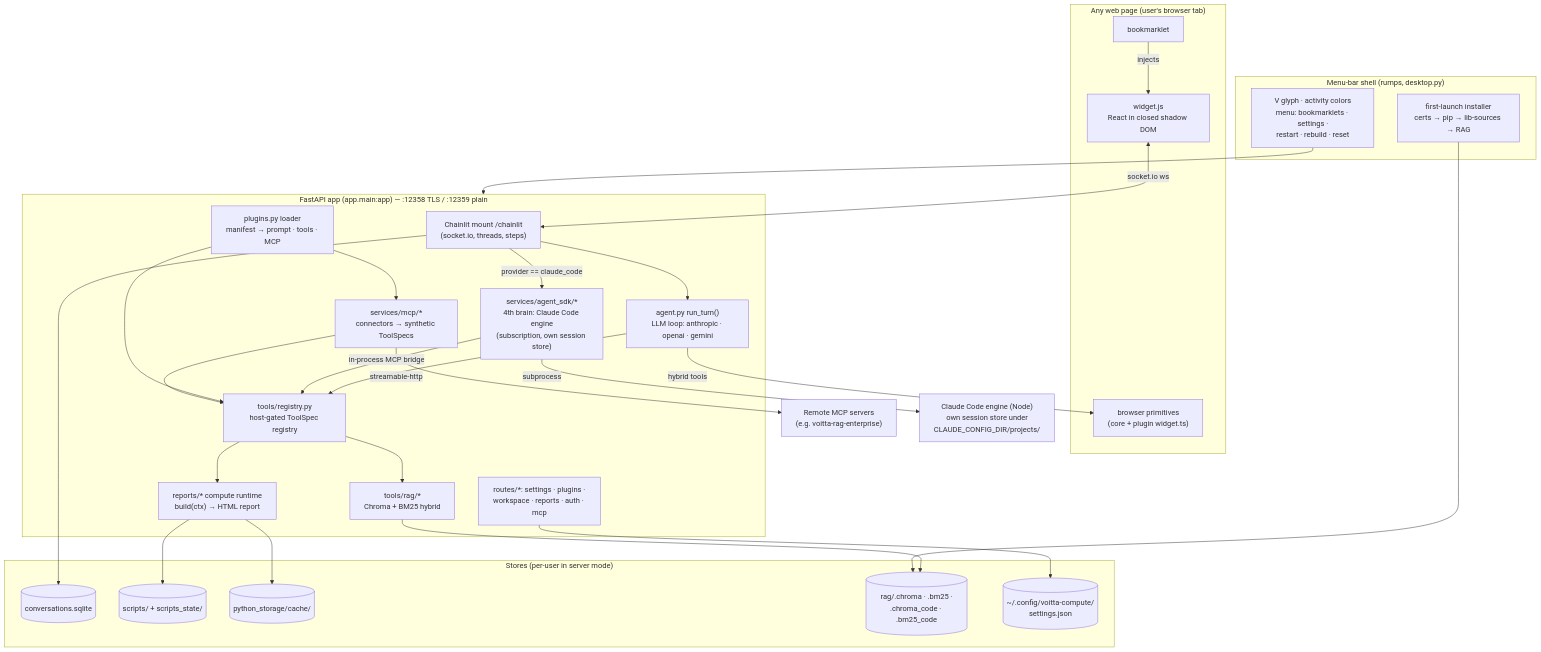
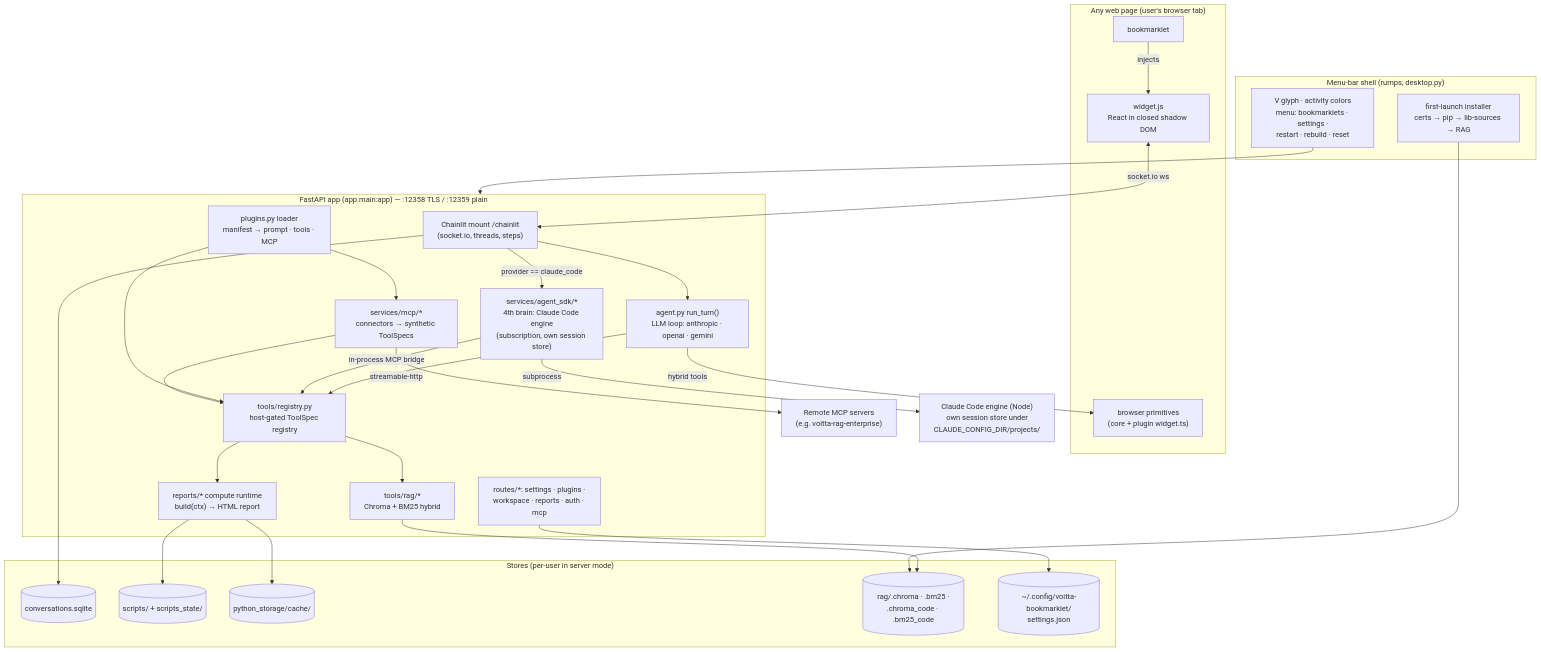
Before and after one commit to voitta-ai/voitta-bookmarklet: the first of 10 diagrams in OPERATIONS.md, drawn with Mermaid. The commit also changed other lines of this file and 50 other files, not shown here.

````diff
--- a/OPERATIONS.md
+++ b/OPERATIONS.md
@@ -55,51 +55,51 @@
 ```mermaid
 flowchart TB
     subgraph page["Any web page (user's browser tab)"]
         BM["bookmarklet"] -->|injects| W["widget.js<br/>React in closed shadow DOM"]
         PRIM["browser primitives<br/>(core + plugin widget.ts)"]
     end
 
     subgraph shell["Menu-bar shell (rumps, desktop.py)"]
         TRAY["V glyph · activity colors<br/>menu: bookmarklets · settings ·<br/>restart · rebuild · reset"]
         INST["first-launch installer<br/>certs → pip → lib-sources → RAG"]
     end
 
     subgraph app["FastAPI app (app.main:app) — :12358 TLS / :12359 plain"]
         CL["Chainlit mount /chainlit<br/>(socket.io, threads, steps)"]
         AG["agent.py run_turn()<br/>LLM loop: anthropic · openai · gemini"]
         ASDK["services/agent_sdk/*<br/>4th brain: Claude Code engine<br/>(subscription, own session store)"]
         REG["tools/registry.py<br/>host-gated ToolSpec registry"]
         PLG["plugins.py loader<br/>manifest → prompt · tools · MCP"]
         MCPC["services/mcp/*<br/>connectors → synthetic ToolSpecs"]
         SCR["reports/* compute runtime<br/>build(ctx) → HTML report"]
         RAGQ["tools/rag/*<br/>Chroma + BM25 hybrid"]
         ROUTES["routes/*: settings · plugins ·<br/>workspace · reports · auth · mcp"]
     end
 
     subgraph stores["Stores (per-user in server mode)"]
         SQL[("conversations.sqlite")]
         SCRD[("scripts/ + scripts_state/")]
         PYS[("python_storage/cache/")]
         RAGI[("rag/.chroma · .bm25 ·<br/>.chroma_code · .bm25_code")]
-        SET[("~/.config/voitta-compute/<br/>settings.json")]
+        SET[("~/.config/voitta-bookmarklet/<br/>settings.json")]
     end
 
     REMOTE["Remote MCP servers<br/>(e.g. voitta-rag-enterprise)"]
 
     W <-->|"socket.io ws"| CL
     CL --> AG --> REG
     CL -->|"provider == claude_code"| ASDK
     ASDK -->|in-process MCP bridge| REG
     ASDK -->|subprocess| ENG["Claude Code engine (Node)<br/>own session store under<br/>CLAUDE_CONFIG_DIR/projects/"]
     AG -->|hybrid tools| PRIM
     PLG --> REG
     PLG --> MCPC -->|streamable-http| REMOTE
     MCPC --> REG
     REG --> SCR & RAGQ
     SCR --> PYS & SCRD
     RAGQ --> RAGI
     CL --> SQL
     ROUTES --> SET
     TRAY --> app
     INST --> RAGI
 ```
````
